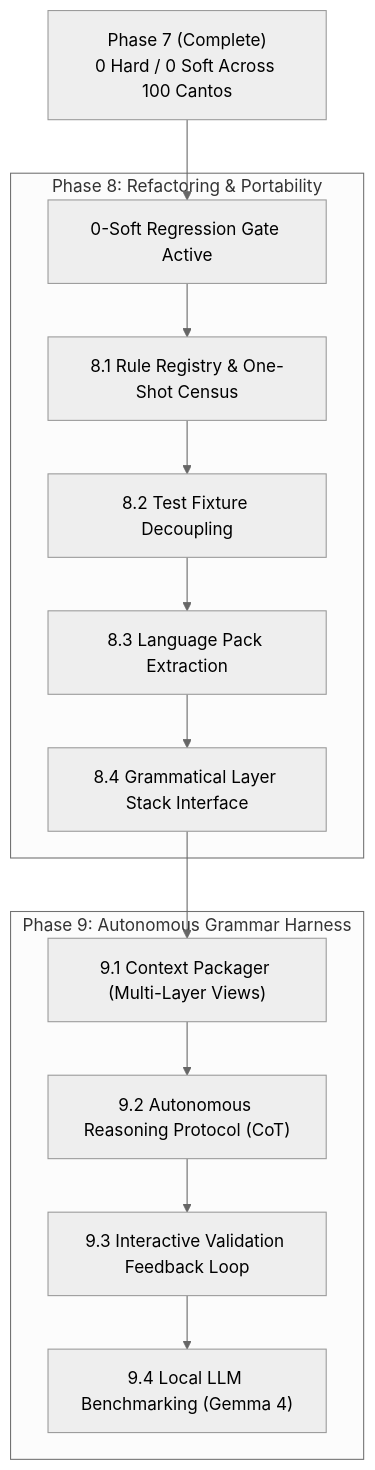
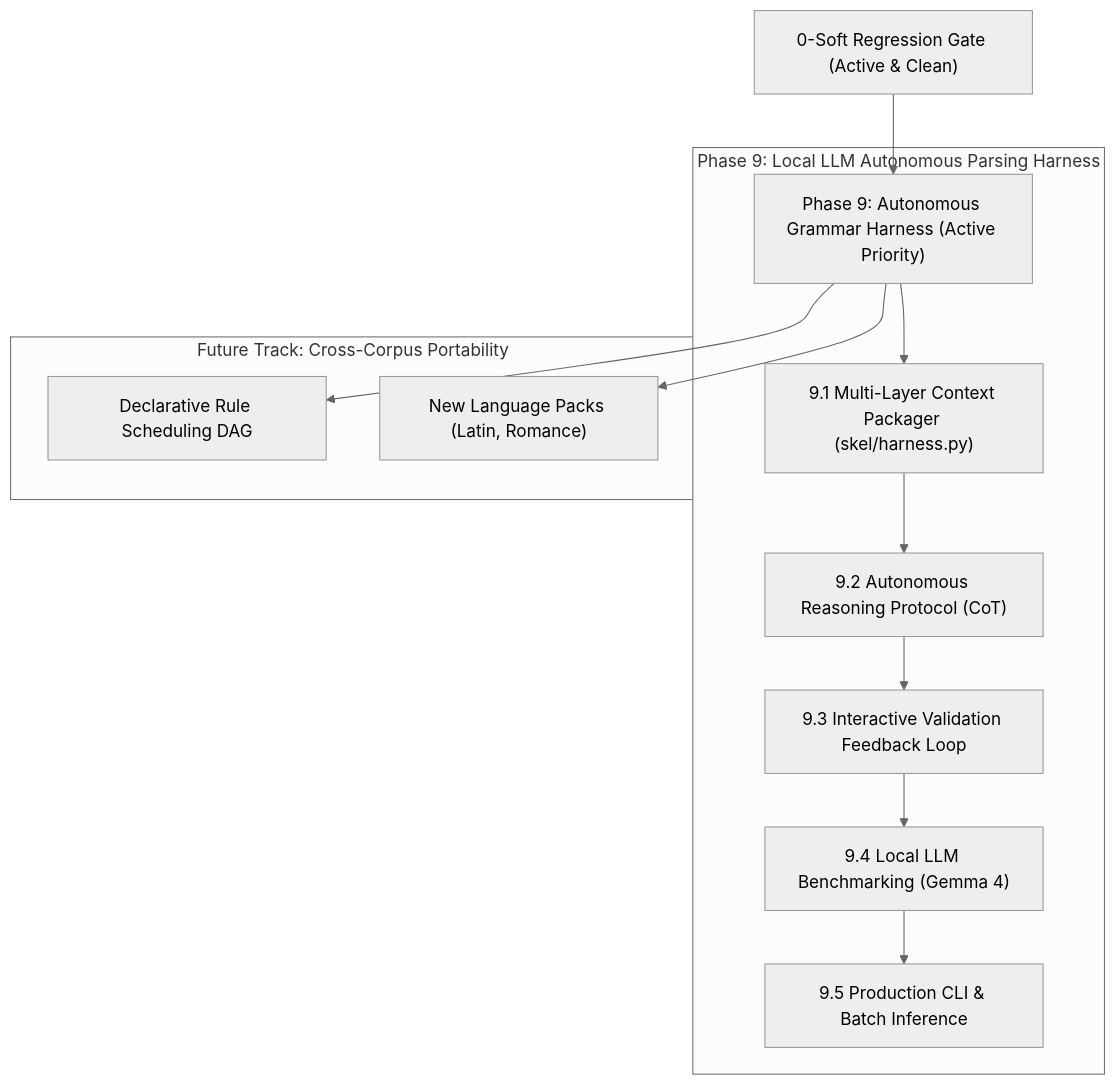
One commit to 7shi/dante-corpus changed the diagram in skel/PLAN.md. Above: the diagram before and after it, drawn with Mermaid (neutral theme). The commit also changed other lines of this file and 4 other files, not shown here.

First line of the commit message:
docs(skel): close Phase 8, add PHASE8.md, and reorganize PLAN.md and PORTABILITY.md

````diff
--- a/skel/PLAN.md
+++ b/skel/PLAN.md
@@ -32,18 +19,17 @@
 ```mermaid
 graph TD
-    P7["Phase 7 (Complete)<br/>0 Hard / 0 Soft Across 100 Cantos"] --> Gate["0-Soft Regression Gate Active"]
+    Gate["0-Soft Regression Gate (Active & Clean)"] --> P9["Phase 9: Autonomous Grammar Harness (Active Priority)"]
     
-    subgraph "Phase 8: Refactoring & Portability"
-        Gate --> P8_1["8.1 Rule Registry & One-Shot Census"]
-        P8_1 --> P8_2["8.2 Test Fixture Decoupling"]
-        P8_2 --> P8_3["8.3 Language Pack Extraction"]
-        P8_3 --> P8_4["8.4 Grammatical Layer Stack Interface"]
-    end
-    
-    subgraph "Phase 9: Autonomous Grammar Harness"
-        P8_4 --> P9_1["9.1 Context Packager (Multi-Layer Views)"]
+    subgraph "Phase 9: Local LLM Autonomous Parsing Harness"
+        P9 --> P9_1["9.1 Multi-Layer Context Packager (skel/harness.py)"]
         P9_1 --> P9_2["9.2 Autonomous Reasoning Protocol (CoT)"]
         P9_2 --> P9_3["9.3 Interactive Validation Feedback Loop"]
         P9_3 --> P9_4["9.4 Local LLM Benchmarking (Gemma 4)"]
+        P9_4 --> P9_5["9.5 Production CLI & Batch Inference"]
+    end
+    
+    subgraph "Future Track: Cross-Corpus Portability"
+        P9 --> Port_DAG["Declarative Rule Scheduling DAG"]
+        P9 --> Port_Lang["New Language Packs (Latin, Romance)"]
     end
 ```
````
